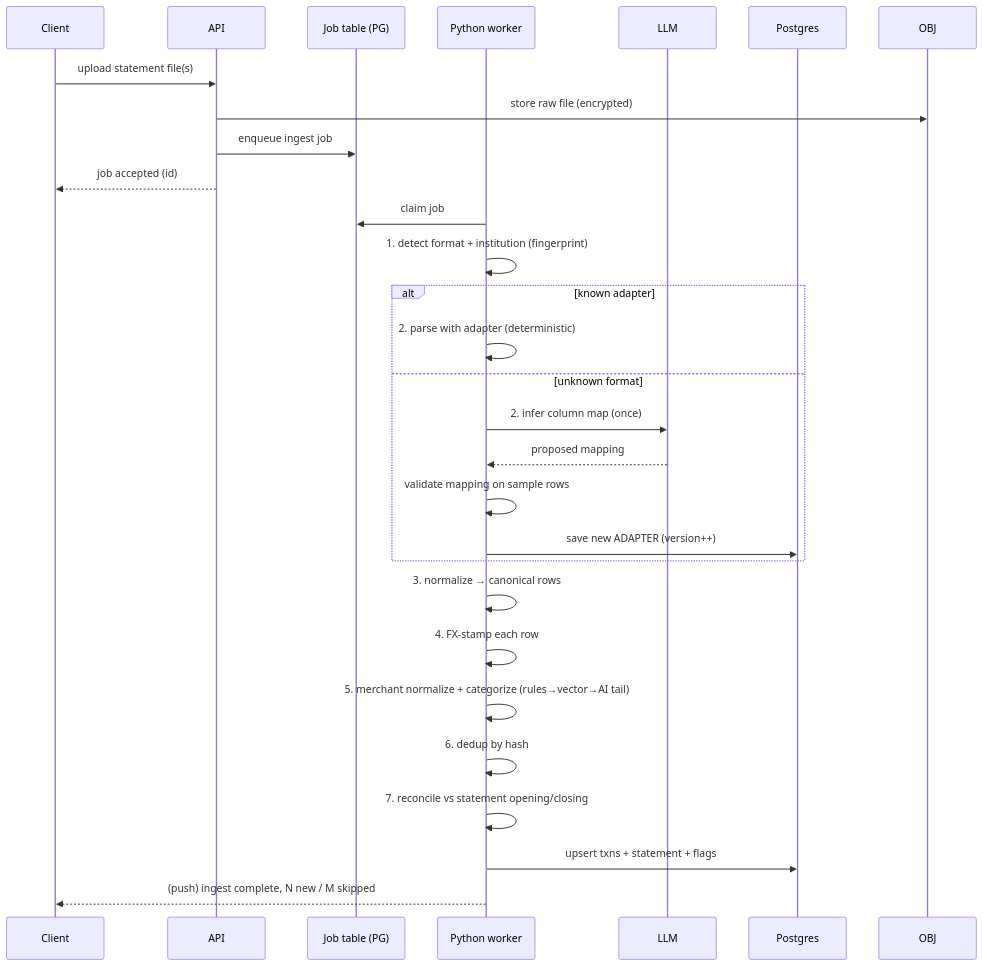
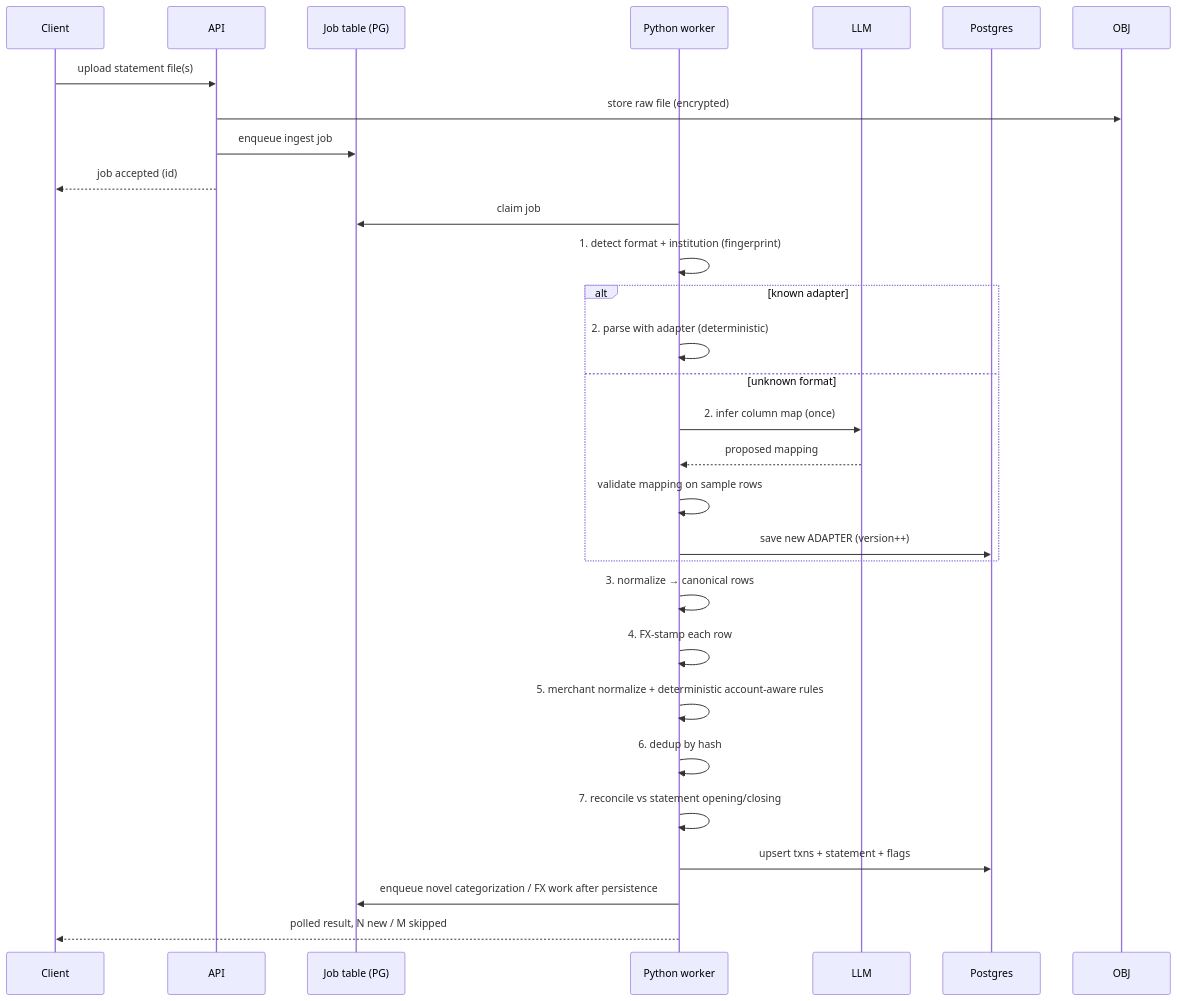
The third of 5 diagrams in docs/ARCHITECTURE.md (Shady-C/ledger), drawn with Mermaid before and after one commit. The commit also changed other lines of this file and 10 other files, not shown here.

````diff
--- a/docs/ARCHITECTURE.md
+++ b/docs/ARCHITECTURE.md
@@ -220,31 +274,32 @@
 ```mermaid
 sequenceDiagram
     participant U as Client
     participant API as API
     participant Q as Job table (PG)
     participant W as Python worker
     participant AI as LLM
     participant DB as Postgres
 
     U->>API: upload statement file(s)
     API->>OBJ: store raw file (encrypted)
     API->>Q: enqueue ingest job
     API-->>U: job accepted (id)
     W->>Q: claim job
     W->>W: 1. detect format + institution (fingerprint)
     alt known adapter
         W->>W: 2. parse with adapter (deterministic)
     else unknown format
         W->>AI: 2. infer column map (once)
         AI-->>W: proposed mapping
         W->>W: validate mapping on sample rows
         W->>DB: save new ADAPTER (version++)
     end
     W->>W: 3. normalize → canonical rows
     W->>W: 4. FX-stamp each row
-    W->>W: 5. merchant normalize + categorize (rules→vector→AI tail)
+    W->>W: 5. merchant normalize + deterministic account-aware rules
     W->>W: 6. dedup by hash
     W->>W: 7. reconcile vs statement opening/closing
     W->>DB: upsert txns + statement + flags
-    W-->>U: (push) ingest complete, N new / M skipped
+    W->>Q: enqueue novel categorization / FX work after persistence
+    W-->>U: polled result, N new / M skipped
 ```
````
